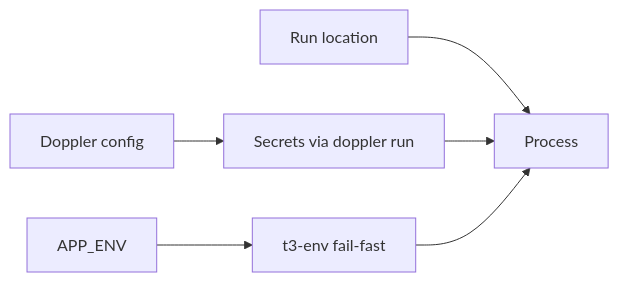
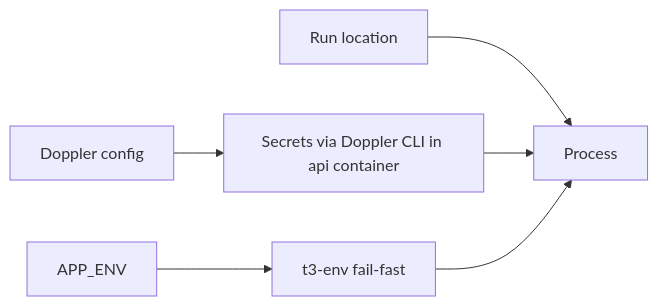
The second of 2 diagrams in docs/adr/0002-deploy-secrets-doppler-coolify.md (Milkywayrules/padelski.id), drawn with Mermaid before and after one commit. The commit also changed other lines of this file and 10 other files, not shown here.

````diff
--- a/docs/adr/0002-deploy-secrets-doppler-coolify.md
+++ b/docs/adr/0002-deploy-secrets-doppler-coolify.md
@@ -68,12 +120,12 @@
 ```mermaid
 flowchart LR
     LOC[Run location]
     DCFG[Doppler config]
     APP[APP_ENV]
 
     LOC --> RUN[Process]
-    DCFG --> SEC[Secrets via doppler run]
+    DCFG --> SEC[Secrets via Doppler CLI in api container]
     APP --> GUARD[t3-env fail-fast]
     SEC --> RUN
     GUARD --> RUN
 ```
````
